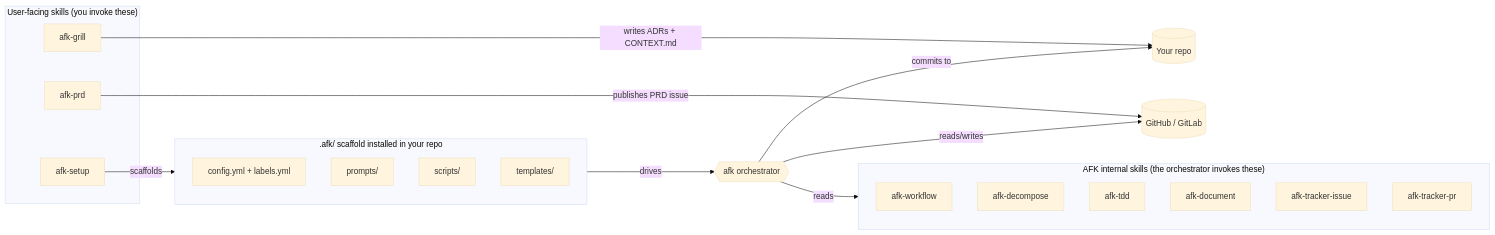
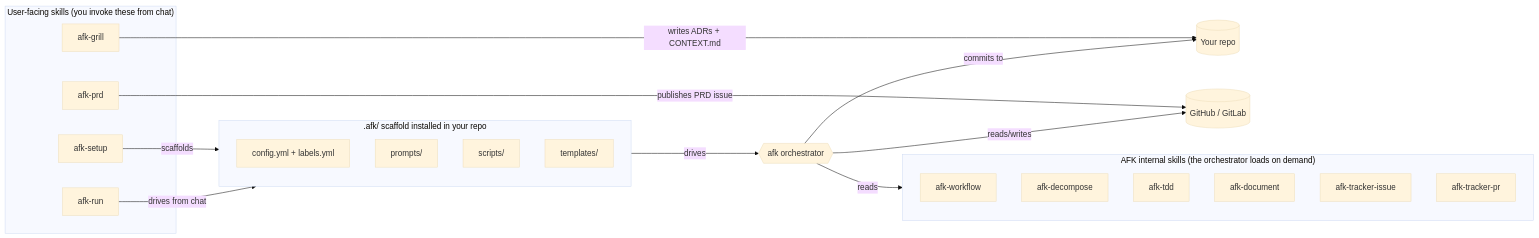
Before and after one commit to Mo-Tamim/afk-agent: the first of 3 diagrams in README.md, drawn with Mermaid (base theme). The commit also changed other lines of this file and 15 other files, not shown here.

First line of the commit message:
Docs + chat-mode pass: WORKFLOW, MODES, GLOSSARY, afk-run skill

````diff
--- a/README.md
+++ b/README.md
@@ -21,29 +21,31 @@
 ```mermaid
 graph LR
-  subgraph User_skills["User-facing skills (you invoke these)"]
+  subgraph User_skills["User-facing skills (you invoke these from chat)"]
     G[afk-grill]
     P[afk-prd]
     S[afk-setup]
+    R[afk-run]
   end
-  subgraph AFK_skills["AFK internal skills (the orchestrator invokes these)"]
+  subgraph AFK_skills["AFK internal skills (the orchestrator loads on demand)"]
     W[afk-workflow]
     D[afk-decompose]
     T[afk-tdd]
     DOC[afk-document]
     TI[afk-tracker-issue]
     TP[afk-tracker-pr]
   end
   subgraph Scaffold[".afk/ scaffold installed in your repo"]
     CFG[config.yml + labels.yml]
     PR[prompts/]
     SC[scripts/]
     TPL[templates/]
   end
   G -->|writes ADRs + CONTEXT.md| Repo[(Your repo)]
   P -->|publishes PRD issue| Tracker[(GitHub / GitLab)]
   S -->|scaffolds| Scaffold
+  R -->|drives from chat| Scaffold
   Scaffold -->|drives| Orchestrator{{afk orchestrator}}
   Orchestrator -->|reads| AFK_skills
   Orchestrator -->|reads/writes| Tracker
   Orchestrator -->|commits to| Repo
 ```
````
